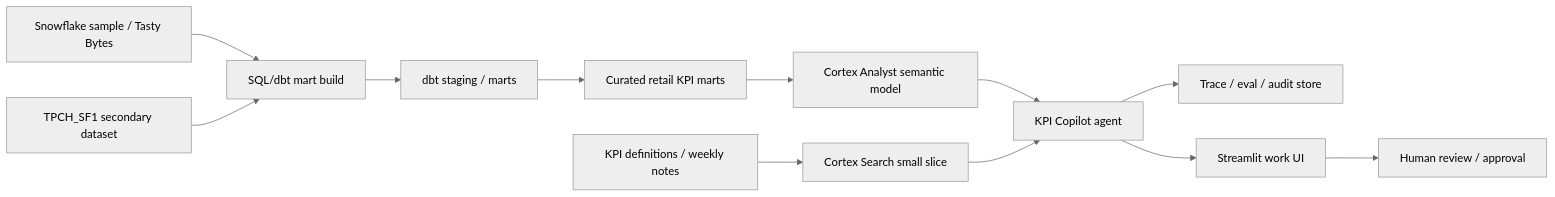
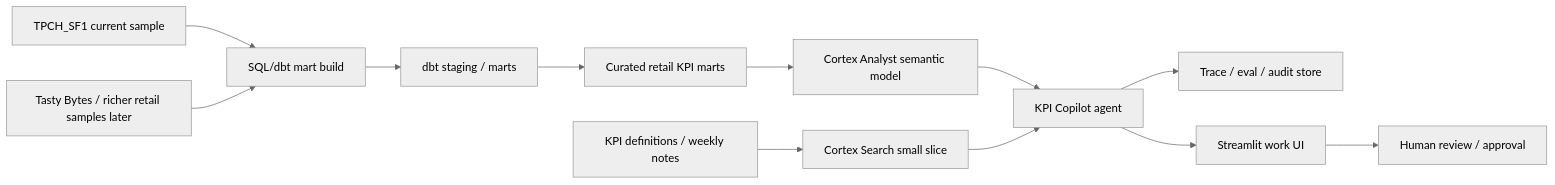
One commit to Tenormusica2024/retail-ai-ops-copilot changed the diagram in docs/obsidian/02_アーキテクチャ方針.md. Above: the diagram before and after it, drawn with Mermaid (neutral theme). The commit also changed 19 other files, not shown here.

````diff
--- a/docs/obsidian/02_アーキテクチャ方針.md
+++ b/docs/obsidian/02_アーキテクチャ方針.md
@@ -15,14 +15,14 @@
 ```mermaid
 flowchart LR
-  SnowSample["Snowflake sample / Tasty Bytes"] --> MartBuild["SQL/dbt mart build"]
-  TPCH["TPCH_SF1 secondary dataset"] --> MartBuild
+  TPCH["TPCH_SF1 current sample"] --> MartBuild["SQL/dbt mart build"]
+  FutureSamples["Tasty Bytes / richer retail samples later"] --> MartBuild
   MartBuild --> Dbt["dbt staging / marts"]
   Dbt --> Mart["Curated retail KPI marts"]
   Mart --> Semantic["Cortex Analyst semantic model"]
   Docs["KPI definitions / weekly notes"] --> Search["Cortex Search small slice"]
   Semantic --> Agent["KPI Copilot agent"]
   Search --> Agent
   Agent --> Trace["Trace / eval / audit store"]
   Agent --> UI["Streamlit work UI"]
   UI --> Human["Human review / approval"]
 ```
````
